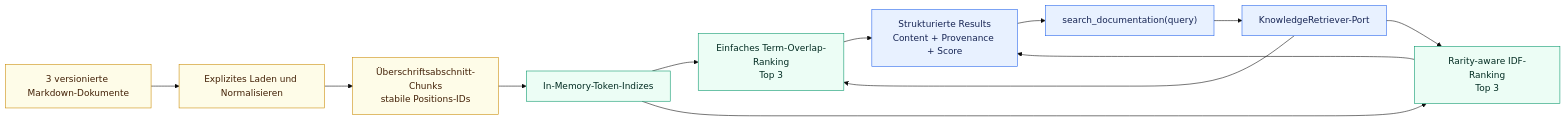
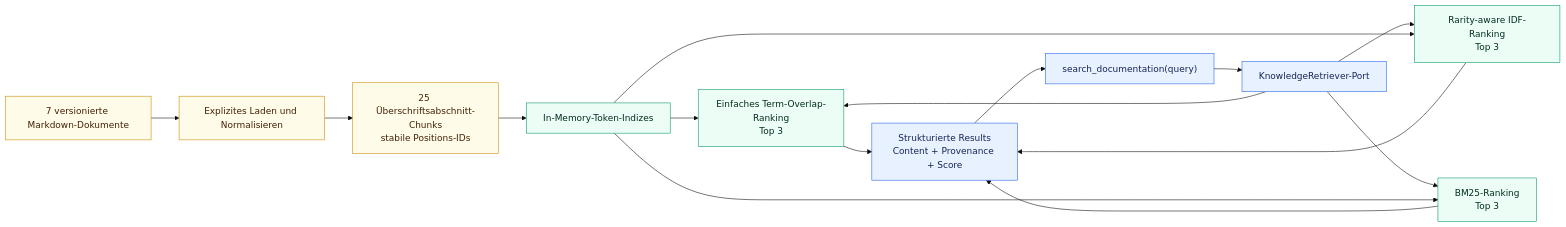
Before and after one commit to aboerzel/industrial-ai-agent: the second of 11 diagrams in docs/architecture/overview.de.md, drawn with Mermaid (base theme). The commit also changed other lines of this file and 19 other files, not shown here.

````diff
--- a/docs/architecture/overview.de.md
+++ b/docs/architecture/overview.de.md
@@ -78,21 +83,24 @@
 ```mermaid
 flowchart LR
-    Docs["3 versionierte Markdown-Dokumente"] --> Load["Explizites Laden und Normalisieren"]
-    Load --> Chunk["Überschriftsabschnitt-Chunks<br/>stabile Positions-IDs"]
+    Docs["7 versionierte Markdown-Dokumente"] --> Load["Explizites Laden und Normalisieren"]
+    Load --> Chunk["25 Überschriftsabschnitt-Chunks<br/>stabile Positions-IDs"]
     Chunk --> Index["In-Memory-Token-Indizes"]
     Query["search_documentation(query)"] --> Port["KnowledgeRetriever-Port"]
     Port --> Simple["Einfaches Term-Overlap-Ranking<br/>Top 3"]
     Port --> IDFSearch["Rarity-aware IDF-Ranking<br/>Top 3"]
+    Port --> BM25Search["BM25-Ranking<br/>Top 3"]
     Index --> Simple
     Index --> IDFSearch
+    Index --> BM25Search
     Simple --> Results["Strukturierte Results<br/>Content + Provenance + Score"]
     IDFSearch --> Results
+    BM25Search --> Results
     Results --> Query
 
     classDef data fill:#fefce8,stroke:#ca8a04,color:#422006
     classDef core fill:#e8f1ff,stroke:#2563eb,color:#172554
     classDef adapter fill:#ecfdf5,stroke:#059669,color:#022c22
     class Docs,Load,Chunk data
     class Query,Port,Results core
-    class Index,Simple,IDFSearch adapter
+    class Index,Simple,IDFSearch,BM25Search adapter
 ```
````
